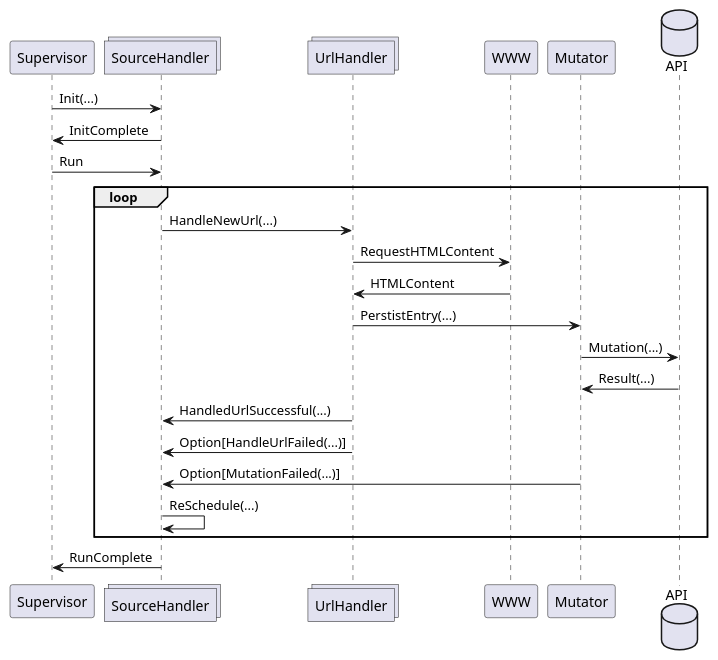
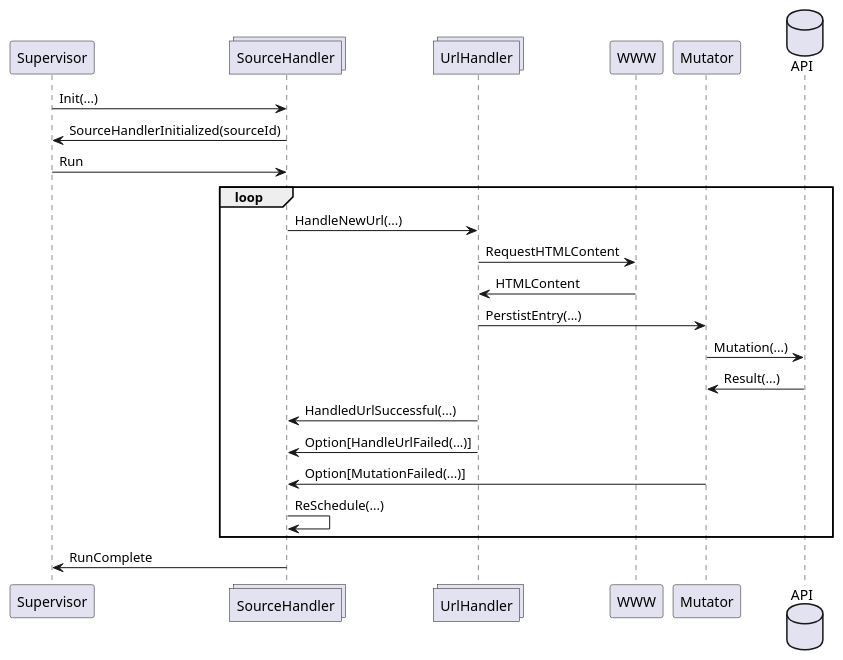
One commit to coverified/content_extractor changed the diagram in doc/proto.puml. Above: the diagram before and after it, drawn with PlantUML. The commit also changed 4 other files, not shown here.

Commit message:
Initialize action on source handler

```diff
--- a/doc/proto.puml
+++ b/doc/proto.puml
@@ -1,29 +1,29 @@
 @startuml
 participant Supervisor
 collections SourceHandler
 collections UrlHandler
 participant WWW
 participant Mutator
 database API
 
 
 Supervisor -> SourceHandler: Init(...)
-SourceHandler -> Supervisor: InitComplete
+SourceHandler -> Supervisor: SourceHandlerInitialized(sourceId)
 Supervisor -> SourceHandler: Run
 
 loop
 SourceHandler -> UrlHandler: HandleNewUrl(...)
 UrlHandler -> WWW: RequestHTMLContent
 WWW -> UrlHandler: HTMLContent
 
 UrlHandler -> Mutator: PerstistEntry(...)
 Mutator -> API: Mutation(...)
 API -> Mutator: Result(...)
 UrlHandler -> SourceHandler: HandledUrlSuccessful(...)
 UrlHandler -> SourceHandler: Option[HandleUrlFailed(...)]
 Mutator -> SourceHandler: Option[MutationFailed(...)]
 SourceHandler -> SourceHandler: ReSchedule(...)
 end loop
 
 SourceHandler -> Supervisor:RunComplete
 @enduml
```
